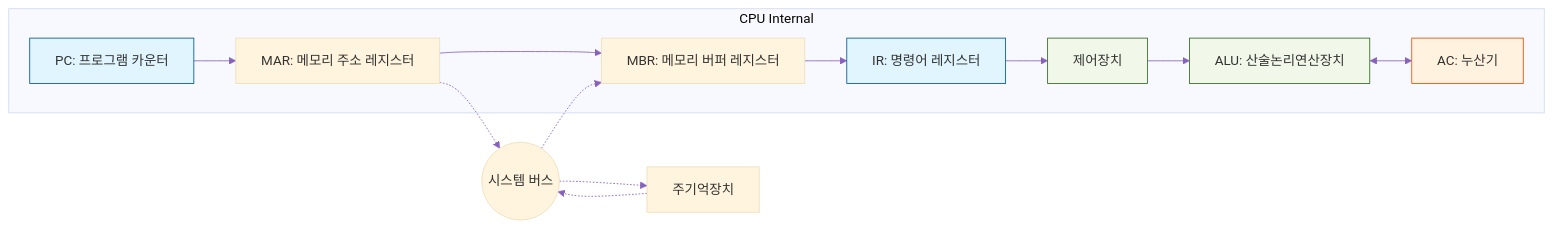
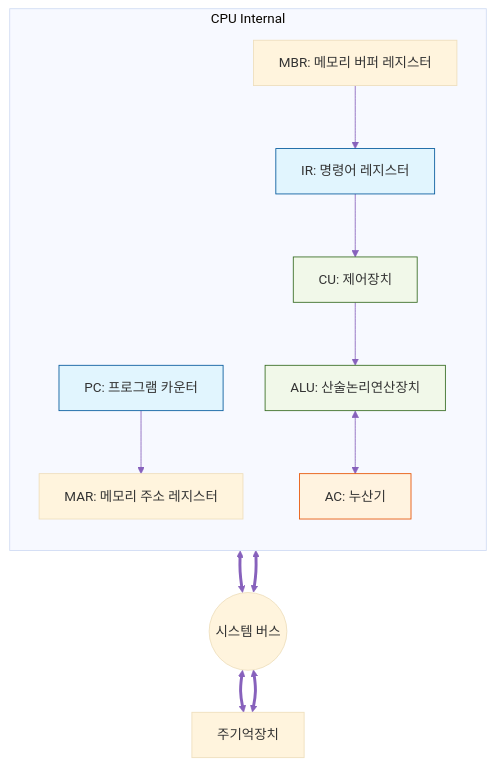
One commit to jusasa/jusasa.github.io changed the ninth of 9 diagrams in content/computer_architecture/02_CPU.md. Above: the diagram before and after it, drawn with Mermaid. The commit also changed other lines of this file and 8 other files, not shown here.

Commit message:
mermaid가 안보이던 현상 수정 및 과목별 meta.json 수정

````diff
--- a/content/computer_architecture/02_CPU.md
+++ b/content/computer_architecture/02_CPU.md
@@ -174,24 +175,32 @@
 ```mermaid
 %%{init: {'theme': 'base', 'themeVariables': { 'lineColor': '#8761bc'}}}%%
-graph LR
+graph TD
     subgraph "CPU Internal"
-        PC[PC: 프로그램 카운터] --> MAR[MAR: 메모리 주소 레지스터]
-        MAR --> MBR[MBR: 메모리 버퍼 레지스터]
-        MBR --> IR[IR: 명령어 레지스터]
-        IR --> CU[제어장치]
-        CU --> ALU[ALU: 산술논리연산장치]
-        ALU <--> AC[AC: 누산기]
+        direction TB
+        PC[PC: 프로그램 카운터]
+        IR[IR: 명령어 레지스터]
+        CU[CU: 제어장치]
+        ALU[ALU: 산술논리연산장치]
+        AC[AC: 누산기]
+        MAR[MAR: 메모리 주소 레지스터]
+        MBR[MBR: 메모리 버퍼 레지스터]
+
+        PC --> MAR
+        MBR --> IR
+        IR --> CU
+        CU --> ALU
+        ALU <--> AC
     end
     
-    MAR -.-> BUS((시스템 버스))
-    BUS -.-> MEM[주기억장치]
-    MEM -.-> BUS
-    BUS -.-> MBR
+    MAR <==> BUS((시스템 버스))
+    BUS <==> MEM[주기억장치]
+    MEM <==> BUS
+    BUS <==> MBR
 
     style PC fill:#e1f5fe,stroke:#01579b
     style IR fill:#e1f5fe,stroke:#01579b
     style AC fill:#fff3e0,stroke:#e65100
     style CU fill:#f1f8e9,stroke:#33691e
     style ALU fill:#f1f8e9,stroke:#33691e
 
 ```
````
